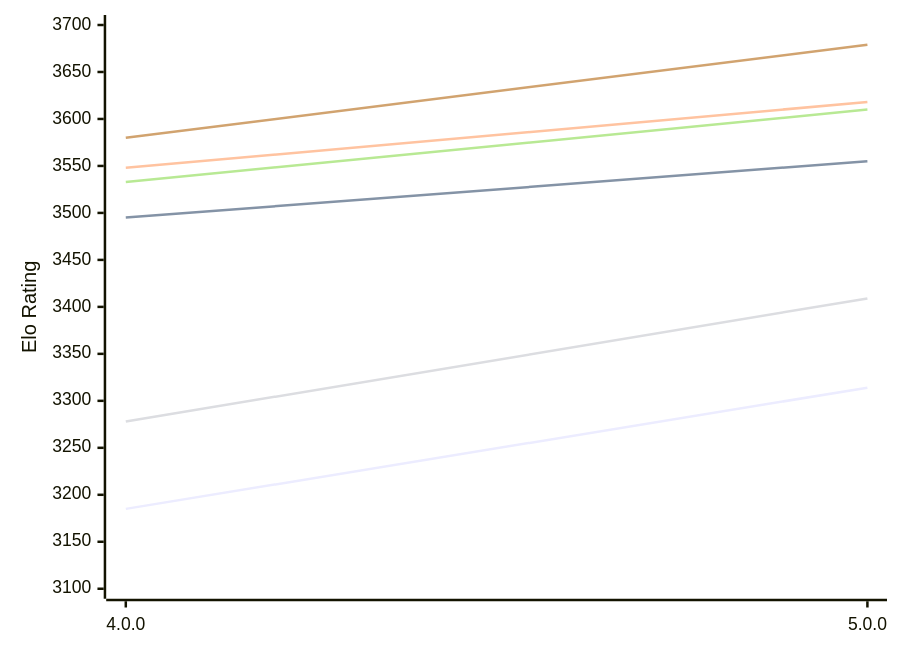
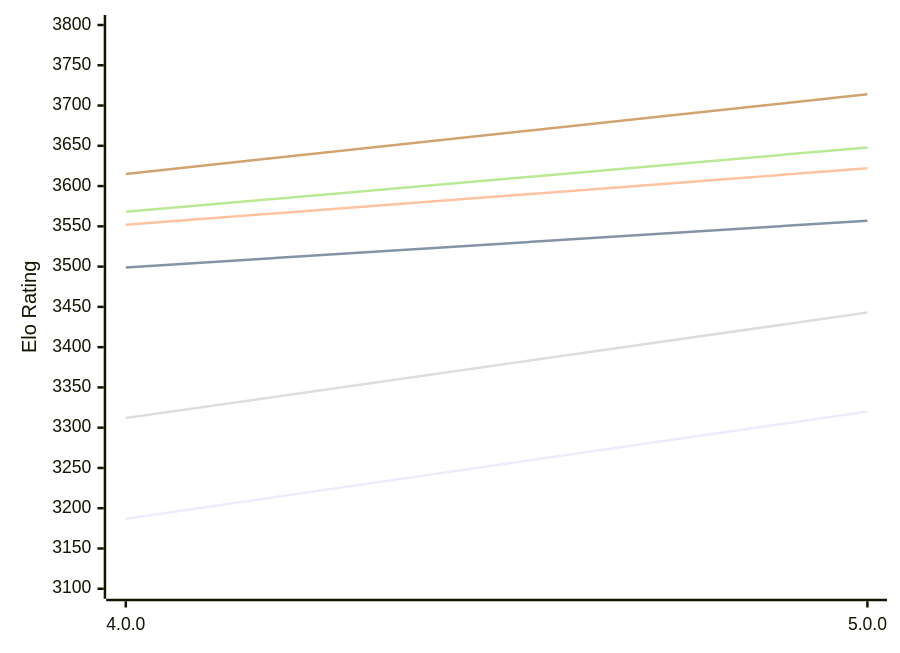
Before and after one commit to computer-chess-index/cci: the first of 2 diagrams in engines/Avalanche.md, drawn with Mermaid. The commit also changed other lines of this file, not shown here.

Commit message:
Update CCI Ratings (ELO VLTC) - 2026-11-01

````diff
--- a/engines/Avalanche.md
+++ b/engines/Avalanche.md
@@ -50,12 +50,12 @@
 ```mermaid
 %%{init: {"theme":"base","themeVariables":{"seriesColors:['#a3a3a3','#222221','#faa371']}}}%%
 xychart-beta
   x-axis ["4.0.0", "5.0.0"]
-  y-axis "Elo Rating" 3100 --> 3700
-  line "E1: STC (8.0+0.08s)" [3185, 3314]
-  line "E1: LTC (60.0+0.60s)" [3495, 3555]
-  line "E1: VLTC (2m24s+1.12s)" [3548, 3618]
-  line "P1: STC (8.0+0.08s)" [3278, 3409]
-  line "P1: LTC (60.0+0.60s)" [3533, 3610]
-  line "P1: VLTC (2m24s+1.12s)" [3580, 3679]
+  y-axis "Elo Rating" 3100 --> 3800
+  line "E1: STC (8.0+0.08s)" [3187, 3320]
+  line "E1: LTC (60.0+0.60s)" [3499, 3557]
+  line "E1: VLTC (2m24s+1.12s)" [3552, 3622]
+  line "P1: STC (8.0+0.08s)" [3312, 3443]
+  line "P1: LTC (60.0+0.60s)" [3568, 3648]
+  line "P1: VLTC (2m24s+1.12s)" [3615, 3714]
 ```
````
